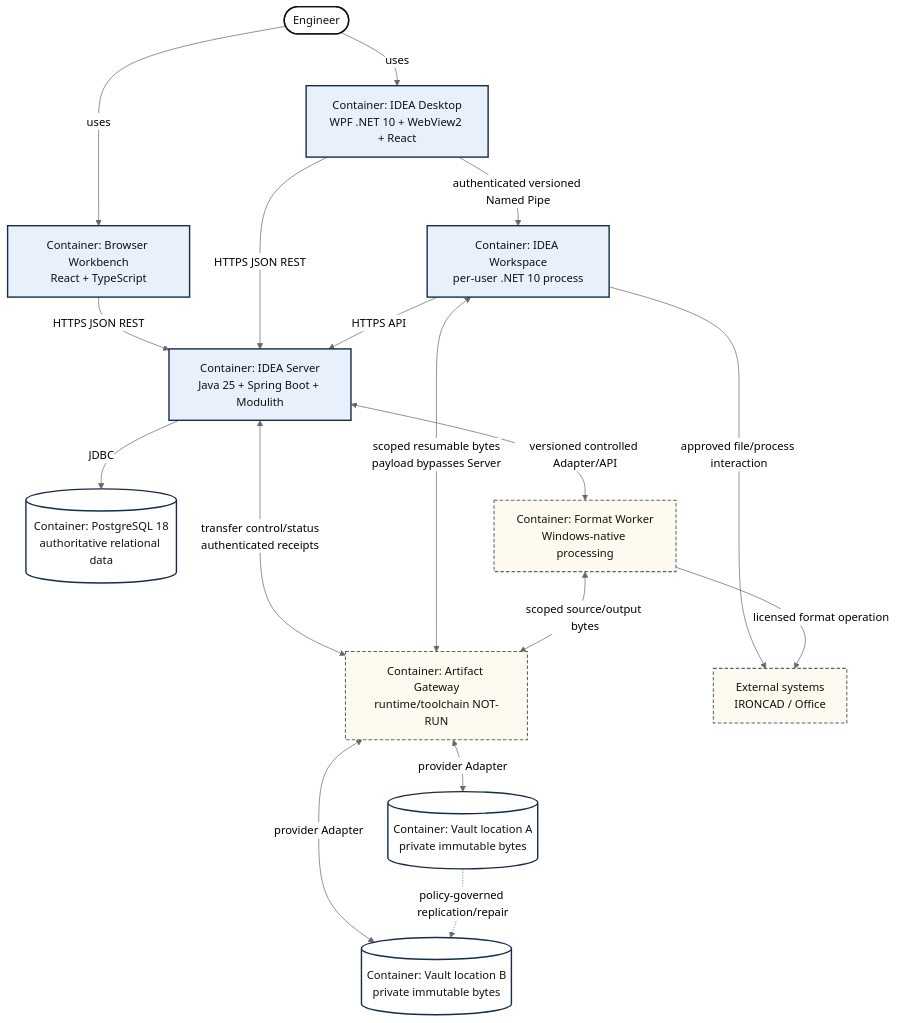
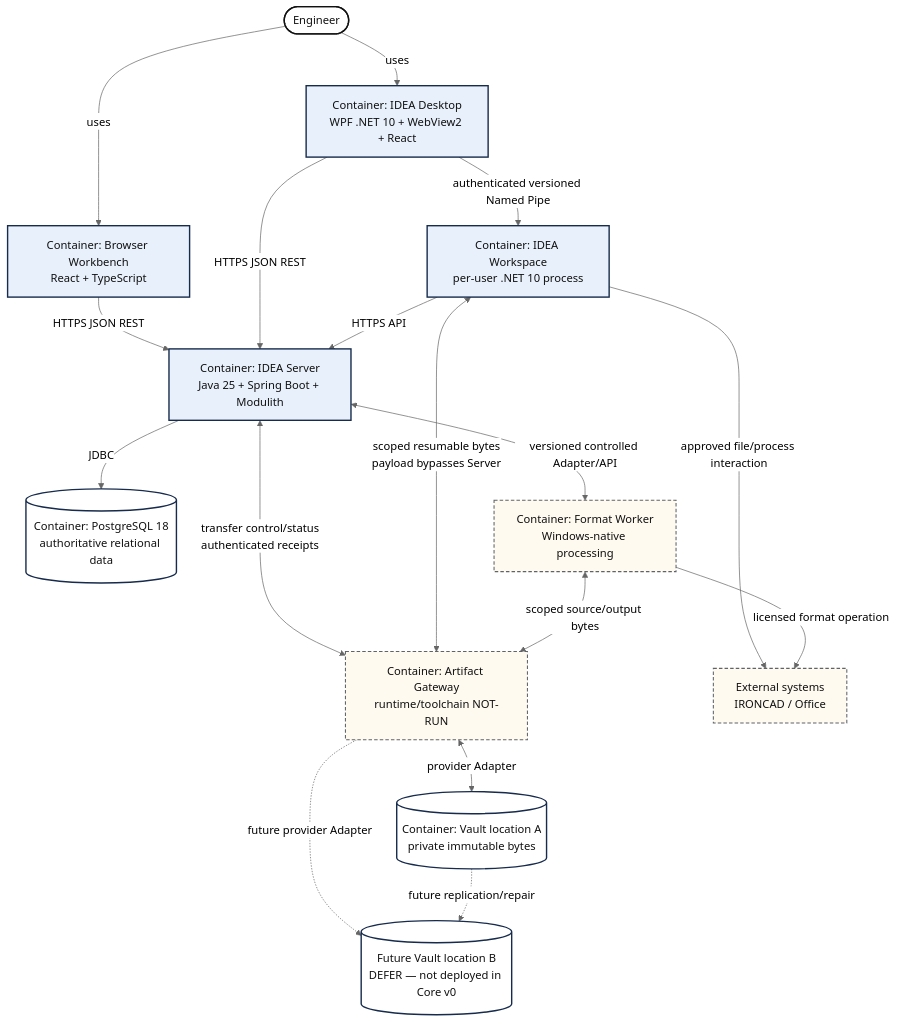
Before and after one commit to devphuclam/IDEAEngineering: the second of 8 diagrams in docs/product/instances/idea-engineering/technology/IDEA-core-v0-technology-architecture-views.md, drawn with Mermaid (neutral theme). The commit also changed other lines of this file and 82 other files, not shown here.

````diff
--- a/docs/product/instances/idea-engineering/technology/IDEA-core-v0-technology-architecture-views.md
+++ b/docs/product/instances/idea-engineering/technology/IDEA-core-v0-technology-architecture-views.md
@@ -130,43 +134,43 @@
 ```mermaid
 flowchart TB
     accTitle: C4 style container and technology boundaries for IDEA Core v0
-    accDescr: An engineer uses either a browser or the IDEA Desktop. A separate Workspace process manages local engineering files and tools. Protected business commands go to the IDEA Server. The Server authorizes the operation and selects a transfer location. Large file bytes then flow directly between Workspace and an Artifact Gateway, which stores or reads immutable bytes from one of multiple Vault locations. The Gateway returns transfer evidence but cannot publish a Generation.
+    accDescr: An engineer uses either a browser or the IDEA Desktop. A separate Workspace process manages local engineering files and tools. Protected business commands go to the IDEA Server. The Server authorizes the operation and selects the configured Core v0 location. Large file bytes then flow directly between Workspace and one Artifact Gateway and Vault. A deferred second location shows the future multi-vault seam. The Gateway returns transfer evidence but cannot publish a Generation.
 
     Engineer([Engineer])
     Browser[Container: Browser Workbench<br/>React + TypeScript]
     Desktop[Container: IDEA Desktop<br/>WPF .NET 10 + WebView2 + React]
     Workspace[Container: IDEA Workspace<br/>per-user .NET 10 process]
     Server[Container: IDEA Server<br/>Java 25 + Spring Boot + Modulith]
     Database[(Container: PostgreSQL 18<br/>authoritative relational data)]
     Gateway[Container: Artifact Gateway<br/>runtime/toolchain NOT-RUN]
     VaultA[(Container: Vault location A<br/>private immutable bytes)]
-    VaultB[(Container: Vault location B<br/>private immutable bytes)]
+    VaultB[(Future Vault location B<br/>DEFER — not deployed in Core v0)]
     Worker[Container: Format Worker<br/>Windows-native processing]
     Apps[External systems<br/>IRONCAD / Office]
 
     Engineer -->|uses| Browser
     Engineer -->|uses| Desktop
     Browser -->|HTTPS JSON REST| Server
     Desktop -->|HTTPS JSON REST| Server
     Desktop -->|authenticated versioned Named Pipe| Workspace
     Workspace -->|HTTPS API| Server
     Workspace -->|approved file/process interaction| Apps
     Server -->|JDBC| Database
     Server <-->|transfer control/status<br/>authenticated receipts| Gateway
     Workspace <--> |scoped resumable bytes<br/>payload bypasses Server| Gateway
     Gateway <--> |provider Adapter| VaultA
-    Gateway <--> |provider Adapter| VaultB
-    VaultA -.->|policy-governed replication/repair| VaultB
+    Gateway -.-> |future provider Adapter| VaultB
+    VaultA -.->|future replication/repair| VaultB
     Server <--> |versioned controlled Adapter/API| Worker
     Worker <-->|scoped source/output bytes| Gateway
     Worker -->|licensed format operation| Apps
 
     classDef person fill:#fff,stroke:#111,stroke-width:2px,color:#111;
     classDef selected fill:#e8f1fb,stroke:#172b4d,stroke-width:2px,color:#111;
     classDef data fill:#fff,stroke:#172b4d,stroke-width:2px,color:#111;
     classDef external fill:#fffaf0,stroke:#5f6368,stroke-width:1.5px,stroke-dasharray:5 3,color:#111;
     class Engineer person;
     class Browser,Desktop,Workspace,Server selected;
     class Database,VaultA,VaultB data;
     class Gateway,Worker,Apps external;
 ```
````
